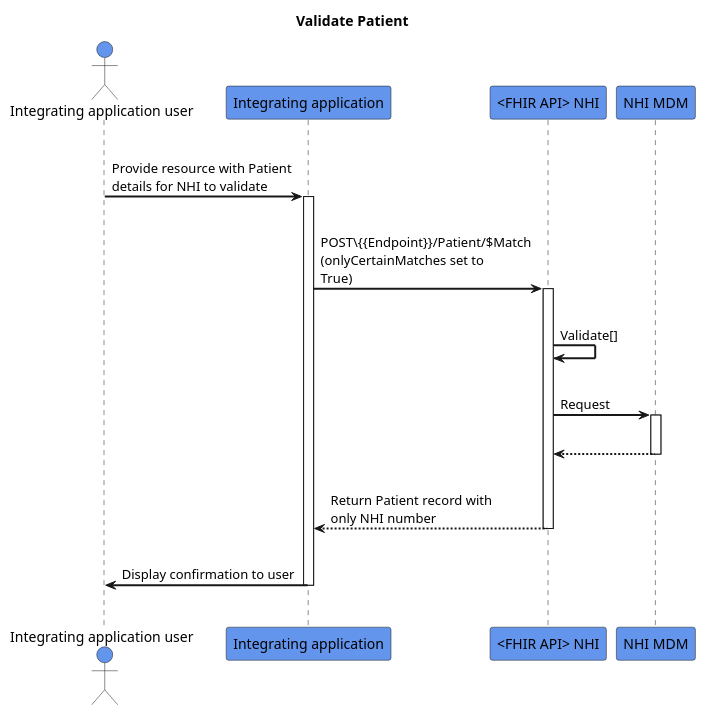
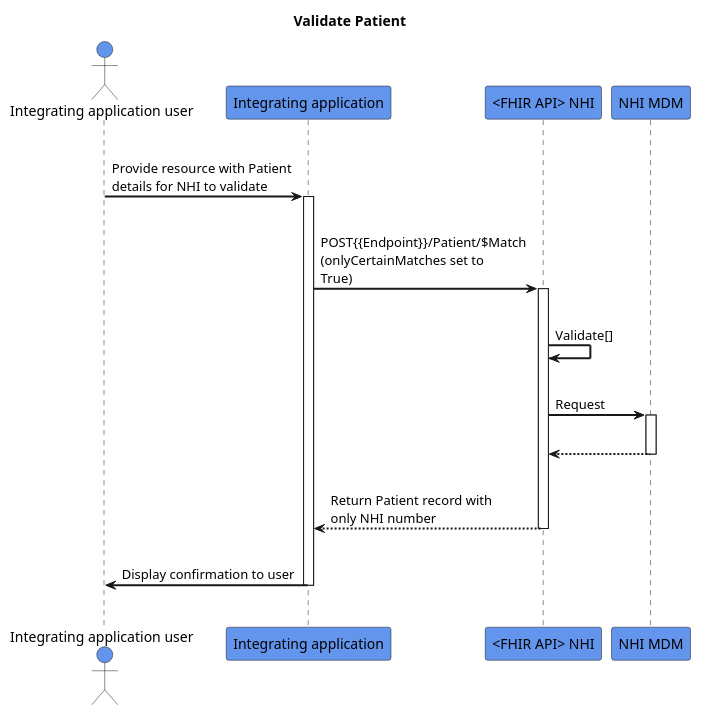
One commit to HL7NZ/nhi changed the diagram in input/images-source/validate-patient.plantuml. Above: the diagram before and after it, drawn with PlantUML.

```diff
--- a/input/images-source/validate-patient.plantuml
+++ b/input/images-source/validate-patient.plantuml
@@ -1,33 +1,33 @@
 @startuml
 skinparam sequenceArrowThickness 2
 skinparam roundcorner 5
 skinparam maxmessagesize 180
 skinparam sequenceParticipant bold
 title Validate Patient
 actor "Integrating application user" as User #CornflowerBlue
 participant "Integrating application" as A #CornflowerBlue
 participant "<FHIR API> NHI" as B #CornflowerBlue
 participant "NHI MDM" as C #CornflowerBlue
 |||
 User -> A: Provide resource with Patient details for NHI to validate
 activate A
 |||
-A -> B: POST\{{Endpoint}}/Patient/$Match (onlyCertainMatches set to True)
+A -> B: POST{{Endpoint}}/Patient/$Match (onlyCertainMatches set to True)
 activate B
 |||
 B -> B: Validate[]
 |||
 B -> C: Request
 activate C
 |||
 
 C -[dashed]-> B:
 deactivate C
 |||
 B -[dashed]-> A: Return Patient record with only NHI number
 deactivate B
 |||
 A -> User: Display confirmation to user
 deactivate A
 |||
 @enduml
```
